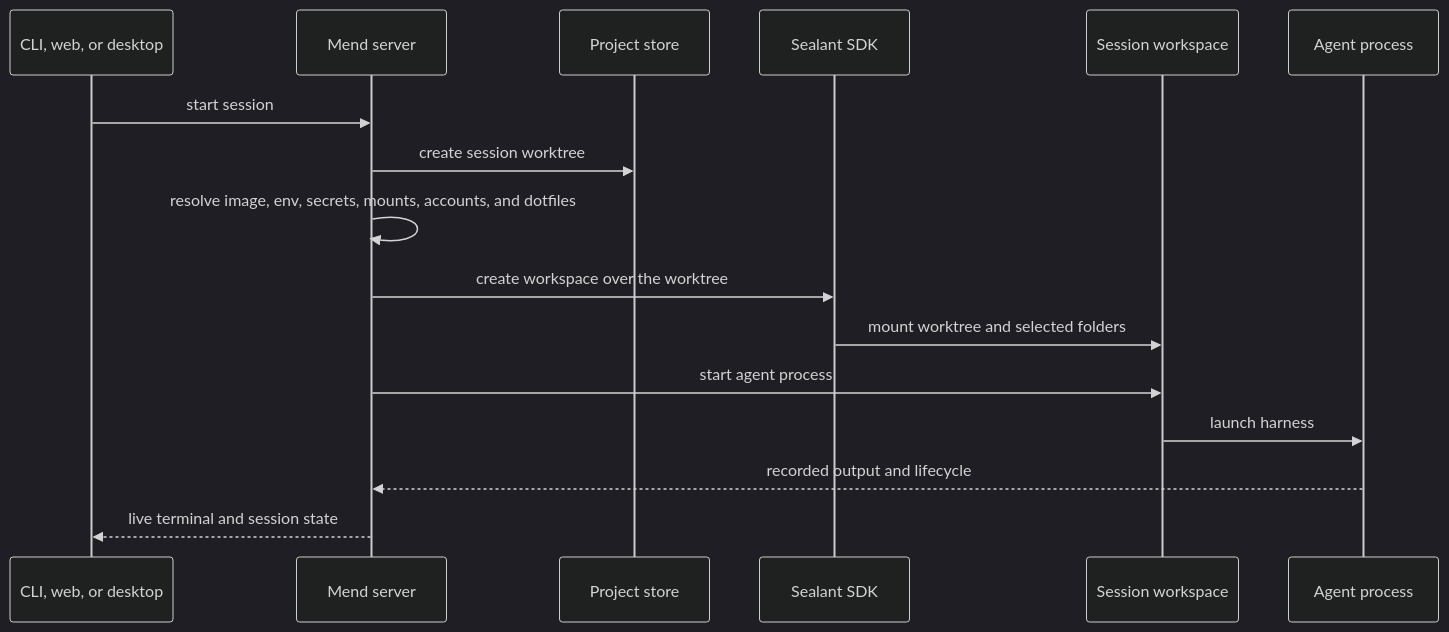
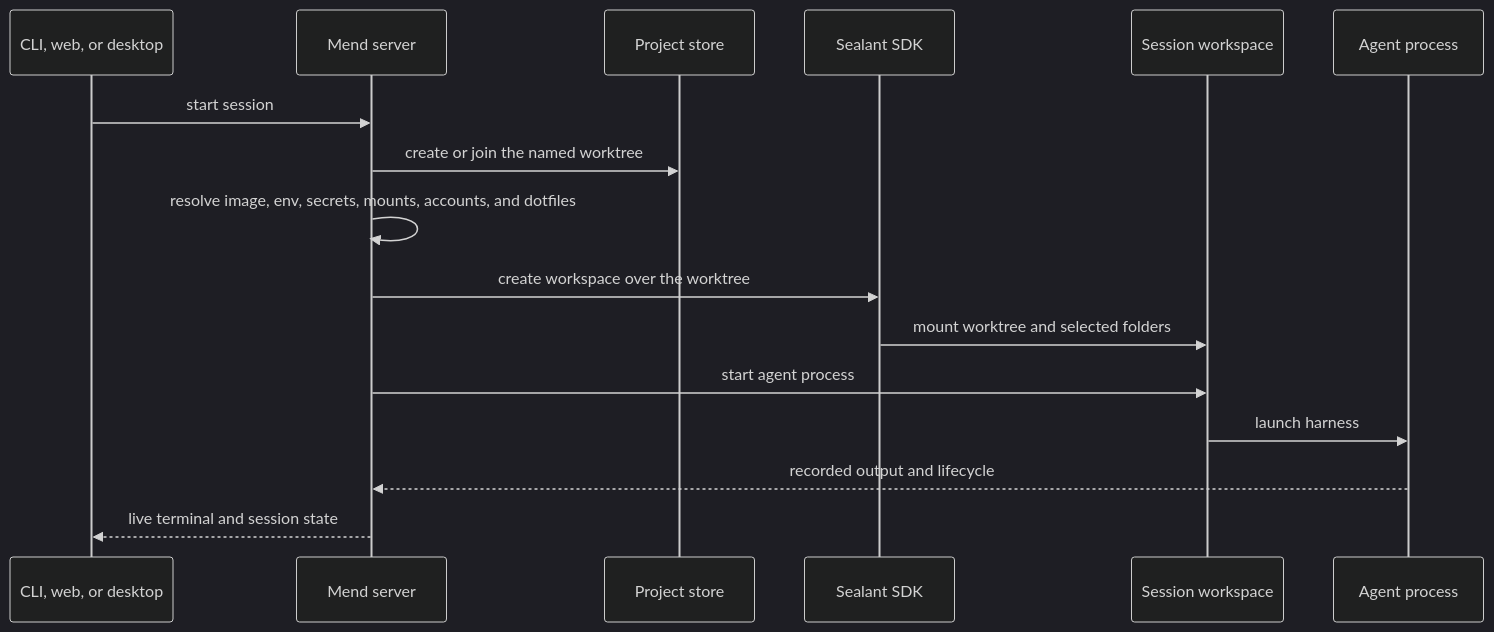
Before and after one commit to sealant-sh/Mend: the second of 3 diagrams in apps/docs/src/content/docs/concepts/how-mend-works.md, drawn with Mermaid (dark theme). The commit also changed other lines of this file and 9 other files, not shown here.

````diff
--- a/apps/docs/src/content/docs/concepts/how-mend-works.md
+++ b/apps/docs/src/content/docs/concepts/how-mend-works.md
@@ -72,19 +74,19 @@
 ```mermaid
 sequenceDiagram
   participant You as CLI, web, or desktop
   participant Mend as Mend server
   participant Store as Project store
   participant Sealant as Sealant SDK
   participant WS as Session workspace
   participant Agent as Agent process
 
   You->>Mend: start session
-  Mend->>Store: create session worktree
+  Mend->>Store: create or join the named worktree
   Mend->>Mend: resolve image, env, secrets, mounts, accounts, and dotfiles
   Mend->>Sealant: create workspace over the worktree
   Sealant->>WS: mount worktree and selected folders
   Mend->>WS: start agent process
   WS->>Agent: launch harness
   Agent-->>Mend: recorded output and lifecycle
   Mend-->>You: live terminal and session state
 ```
````
